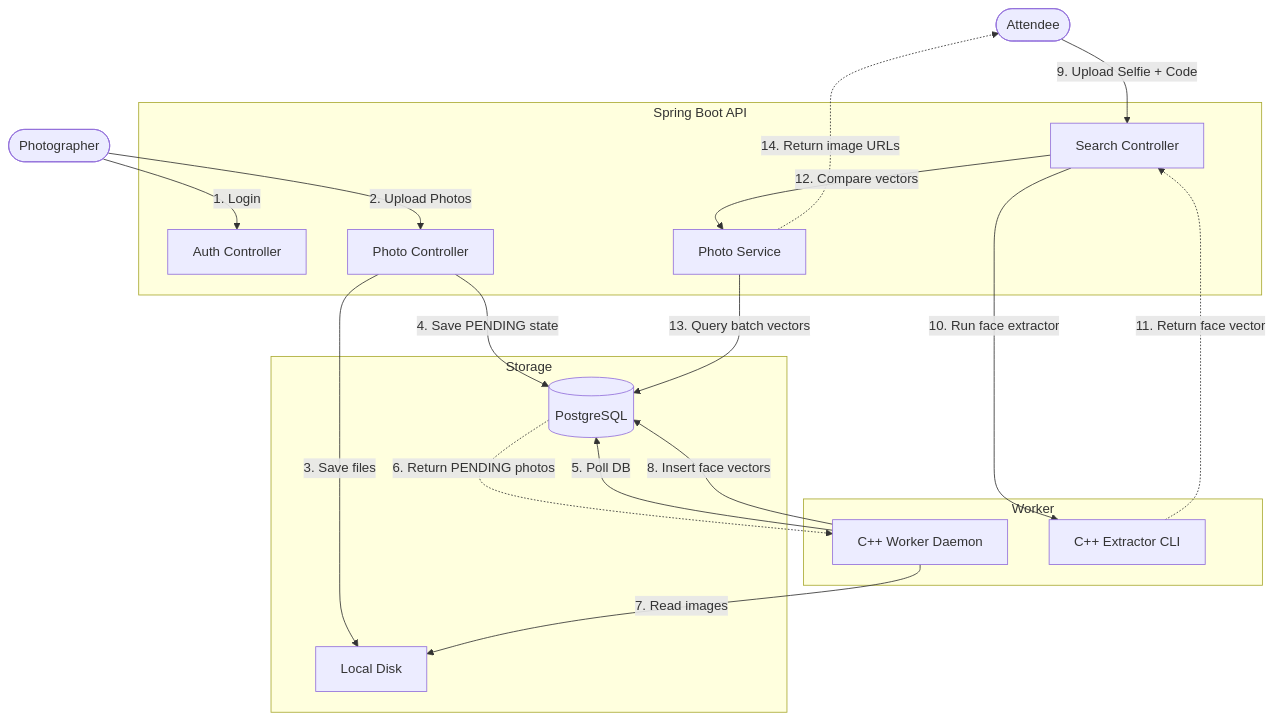
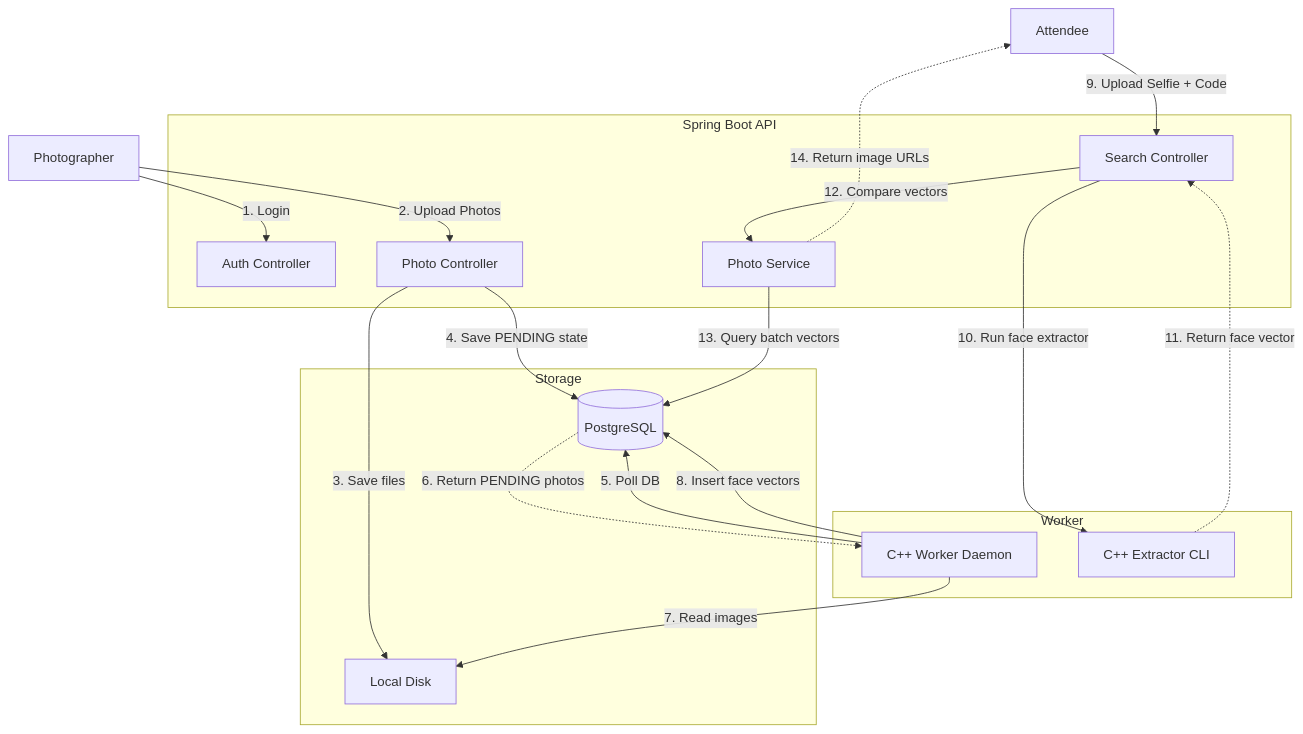
The diagram in README.md (SatishChoudhary642/pixel-pull), drawn with Mermaid before and after one commit.

Commit message:
docs: use ultra-safe mermaid syntax to fix rendering

````diff
--- a/README.md
+++ b/README.md
@@ -30,39 +30,39 @@
 ```mermaid
 graph TD
-    Photographer(["Photographer"])
-    Attendee(["Attendee"])
+    Photographer[Photographer]
+    Attendee[Attendee]
 
-    subgraph "Spring Boot API"
-        AuthController["Auth Controller"]
-        UploadController["Photo Controller"]
-        SearchController["Search Controller"]
-        PhotoService["Photo Service"]
+    subgraph API [Spring Boot API]
+        AuthController[Auth Controller]
+        UploadController[Photo Controller]
+        SearchController[Search Controller]
+        PhotoService[Photo Service]
     end
 
-    subgraph "Storage"
-        Postgres[("PostgreSQL")]
-        DiskStorage["Local Disk"]
+    subgraph Storage [Storage]
+        Postgres[(PostgreSQL)]
+        DiskStorage[Local Disk]
     end
 
-    subgraph "Worker"
-        CPPWorker["C++ Worker Daemon"]
-        CPPCLI["C++ Extractor CLI"]
+    subgraph Worker [Worker]
+        CPPWorker[C++ Worker Daemon]
+        CPPCLI[C++ Extractor CLI]
     end
 
-    Photographer -- "1. Login" --> AuthController
-    Photographer -- "2. Upload Photos" --> UploadController
-    UploadController -- "3. Save files" --> DiskStorage
-    UploadController -- "4. Save PENDING state" --> Postgres
+    Photographer -->|1. Login| AuthController
+    Photographer -->|2. Upload Photos| UploadController
+    UploadController -->|3. Save files| DiskStorage
+    UploadController -->|4. Save PENDING state| Postgres
 
-    CPPWorker -- "5. Poll DB" --> Postgres
-    Postgres -. "6. Return PENDING photos" .-> CPPWorker
-    CPPWorker -- "7. Read images" --> DiskStorage
-    CPPWorker -- "8. Insert face vectors" --> Postgres
+    CPPWorker -->|5. Poll DB| Postgres
+    Postgres -.->|6. Return PENDING photos| CPPWorker
+    CPPWorker -->|7. Read images| DiskStorage
+    CPPWorker -->|8. Insert face vectors| Postgres
 
-    Attendee -- "9. Upload Selfie + Code" --> SearchController
-    SearchController -- "10. Run face extractor" --> CPPCLI
-    CPPCLI -. "11. Return face vector" .-> SearchController
-    SearchController -- "12. Compare vectors" --> PhotoService
-    PhotoService -- "13. Query batch vectors" --> Postgres
-    PhotoService -. "14. Return image URLs" .-> Attendee
+    Attendee -->|9. Upload Selfie + Code| SearchController
+    SearchController -->|10. Run face extractor| CPPCLI
+    CPPCLI -.->|11. Return face vector| SearchController
+    SearchController -->|12. Compare vectors| PhotoService
+    PhotoService -->|13. Query batch vectors| Postgres
+    PhotoService -.->|14. Return image URLs| Attendee
 ```
````
